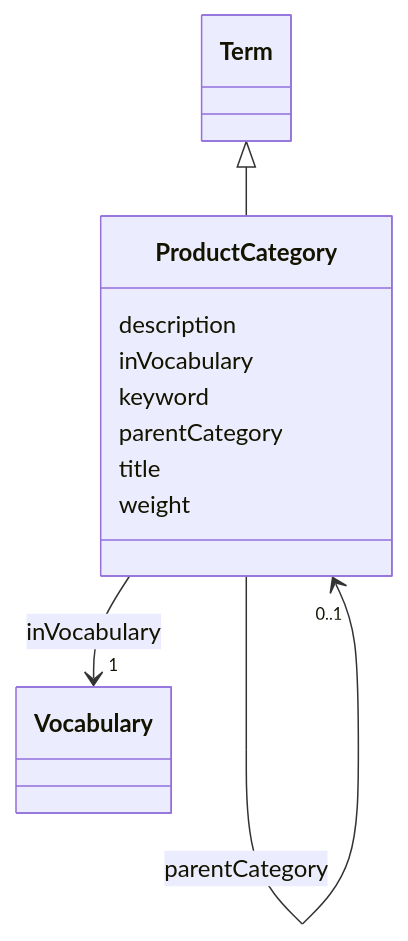
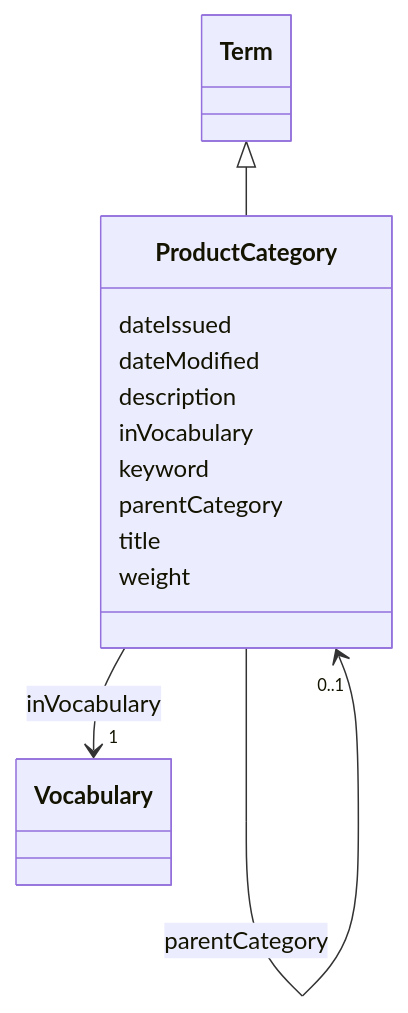
Before and after one commit to EVORA-project/evora-ontology: the diagram in models/docs/ProductCategory.md, drawn with Mermaid. The commit also changed other lines of this file and 377 other files, not shown here.

````diff
--- a/models/docs/ProductCategory.md
+++ b/models/docs/ProductCategory.md
@@ -19,35 +19,39 @@
 ```mermaid
  classDiagram
     class ProductCategory
     click ProductCategory href "../ProductCategory"
       Term <|-- ProductCategory
         click Term href "../Term"
       
+      ProductCategory : dateIssued
+        
+      ProductCategory : dateModified
+        
       ProductCategory : description
         
       ProductCategory : inVocabulary
         
           
     
     
     ProductCategory --> "1" Vocabulary : inVocabulary
     click Vocabulary href "../Vocabulary"
 
         
       ProductCategory : keyword
         
       ProductCategory : parentCategory
         
           
     
     
     ProductCategory --> "0..1" ProductCategory : parentCategory
     click ProductCategory href "../ProductCategory"
 
         
       ProductCategory : title
         
       ProductCategory : weight
         
       
 ```
````
